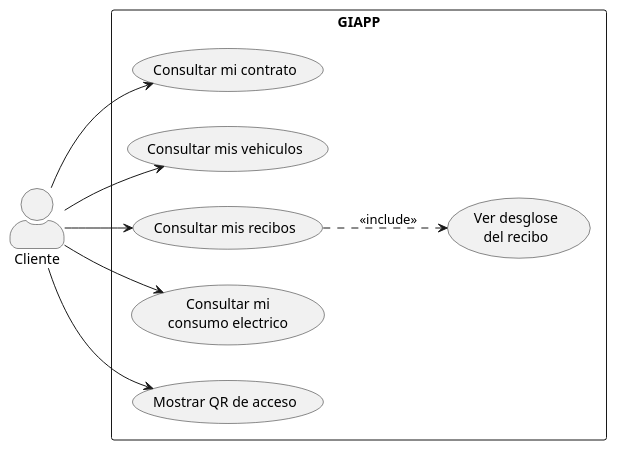
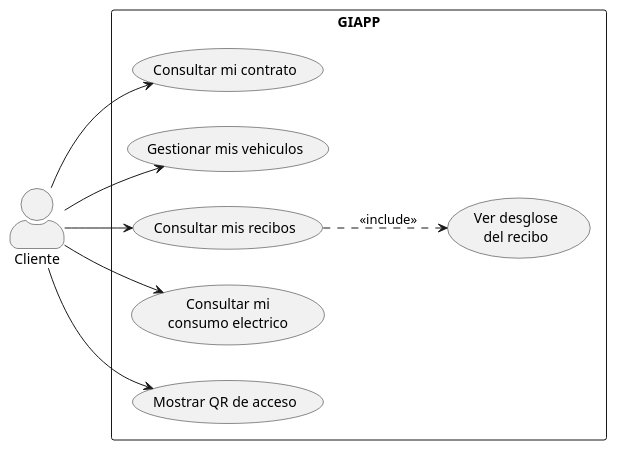
One commit to galanmg/giapp changed the diagram in docs/uml/casos-de-uso-cliente.puml. Above: the diagram before and after it, drawn with PlantUML. The commit also changed 3 other files, not shown here.

First line of the commit message:
Diagramas: casos de uso y métodos de dominio al día con el código

```diff
--- a/docs/uml/casos-de-uso-cliente.puml
+++ b/docs/uml/casos-de-uso-cliente.puml
@@ -1,27 +1,27 @@
 @startuml casos-de-uso-cliente
 ' GIAPP - Casos de uso: area del cliente
 ' Autor: Andres Moreno
 
 left to right direction
 skinparam actorStyle awesome
 
 actor "Cliente" as cliente
 
 rectangle "GIAPP" {
   usecase "Consultar mi contrato" as UC10
-  usecase "Consultar mis vehiculos" as UC11
+  usecase "Gestionar mis vehiculos" as UC11
   usecase "Consultar mis recibos" as UC12
   usecase "Ver desglose\ndel recibo" as UC13
   usecase "Consultar mi\nconsumo electrico" as UC14
   usecase "Mostrar QR de acceso" as UC15
 }
 
 cliente --> UC10
 cliente --> UC11
 cliente --> UC12
 cliente --> UC14
 cliente --> UC15
 
 UC12 ..> UC13 : <<include>>
 
 @enduml
```
